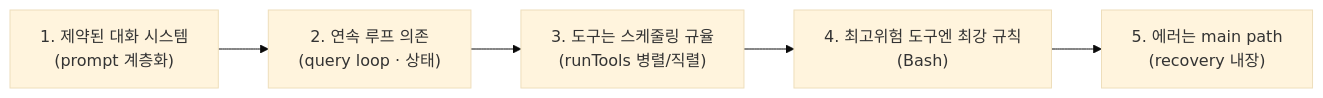
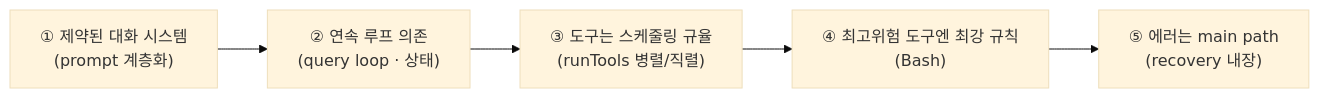
The third of 12 diagrams in content/reading/harness-engineering-claude-code-design-guide.md (DBhyeong/DBhyeong.github.io), drawn with Mermaid (base theme) before and after one commit. The commit also changed other lines of this file and 9 other files, not shown here.

First line of the commit message:
blog: 어제자 3편 발행 + 옛글 mermaid 렌더깨짐 34건 일괄 수정

````diff
--- a/content/reading/harness-engineering-claude-code-design-guide.md
+++ b/content/reading/harness-engineering-claude-code-design-guide.md
@@ -99,7 +99,7 @@
 ```mermaid
 flowchart LR
-    L1["1. 제약된 대화 시스템<br/>(prompt 계층화)"] --> L2["2. 연속 루프 의존<br/>(query loop · 상태)"]
-    L2 --> L3["3. 도구는 스케줄링 규율<br/>(runTools 병렬/직렬)"]
-    L3 --> L4["4. 최고위험 도구엔 최강 규칙<br/>(Bash)"]
-    L4 --> L5["5. 에러는 main path<br/>(recovery 내장)"]
+    L1["① 제약된 대화 시스템<br/>(prompt 계층화)"] --> L2["② 연속 루프 의존<br/>(query loop · 상태)"]
+    L2 --> L3["③ 도구는 스케줄링 규율<br/>(runTools 병렬/직렬)"]
+    L3 --> L4["④ 최고위험 도구엔 최강 규칙<br/>(Bash)"]
+    L4 --> L5["⑤ 에러는 main path<br/>(recovery 내장)"]
 ```
````
